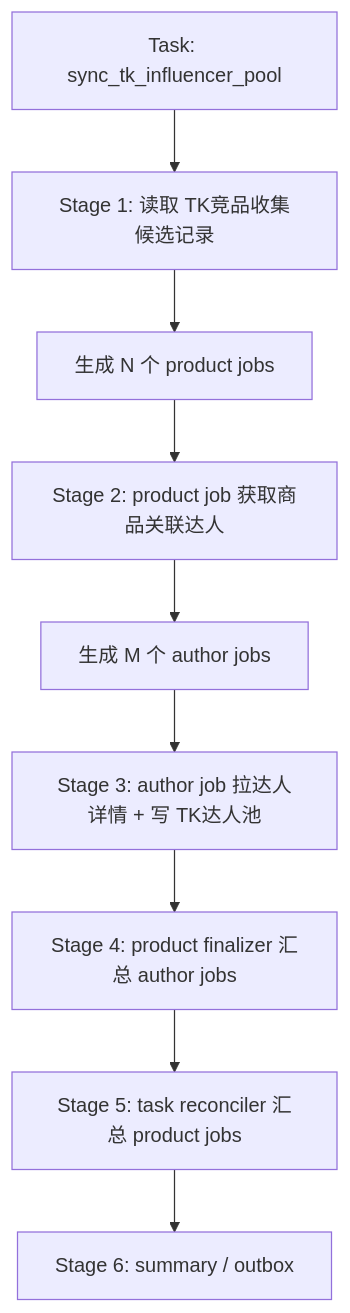
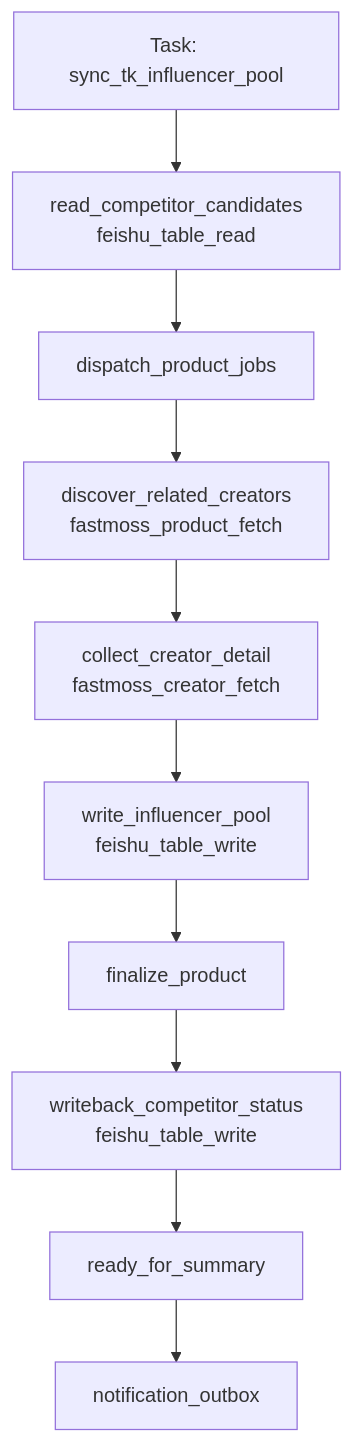
The first of 5 diagrams in docs/arch/workflow-influencer-pool-sync-design.md (knighterrantsky/mujitask), drawn with Mermaid before and after one commit. The commit also changed other lines of this file and 53 other files, not shown here.

````diff
--- a/docs/arch/workflow-influencer-pool-sync-design.md
+++ b/docs/arch/workflow-influencer-pool-sync-design.md
@@ -29,11 +32,12 @@
 ```mermaid
 flowchart TD
-    A["Task: sync_tk_influencer_pool"] --> B["Stage 1: 读取 TK竞品收集候选记录"]
-    B --> C["生成 N 个 product jobs"]
-    C --> D["Stage 2: product job 获取商品关联达人"]
-    D --> E["生成 M 个 author jobs"]
-    E --> F["Stage 3: author job 拉达人详情 + 写 TK达人池"]
-    F --> G["Stage 4: product finalizer 汇总 author jobs"]
-    G --> H["Stage 5: task reconciler 汇总 product jobs"]
-    H --> I["Stage 6: summary / outbox"]
+    A["Task: sync_tk_influencer_pool"] --> B["read_competitor_candidates<br/>feishu_table_read"]
+    B --> C["dispatch_product_jobs"]
+    C --> D["discover_related_creators<br/>fastmoss_product_fetch"]
+    D --> E["collect_creator_detail<br/>fastmoss_creator_fetch"]
+    E --> F["write_influencer_pool<br/>feishu_table_write"]
+    F --> G["finalize_product"]
+    G --> H["writeback_competitor_status<br/>feishu_table_write"]
+    H --> I["ready_for_summary"]
+    I --> J["notification_outbox"]
 ```
````
